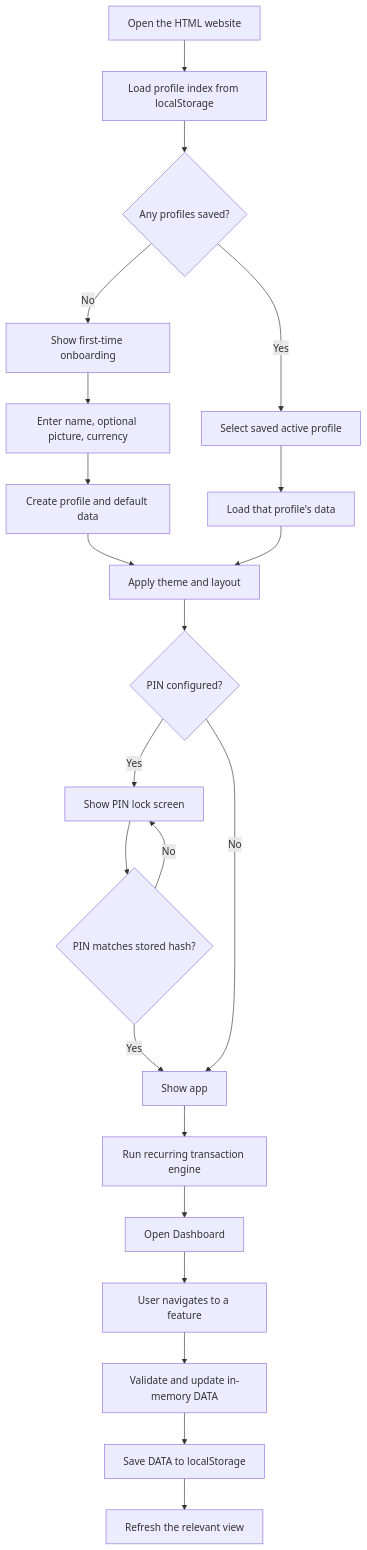
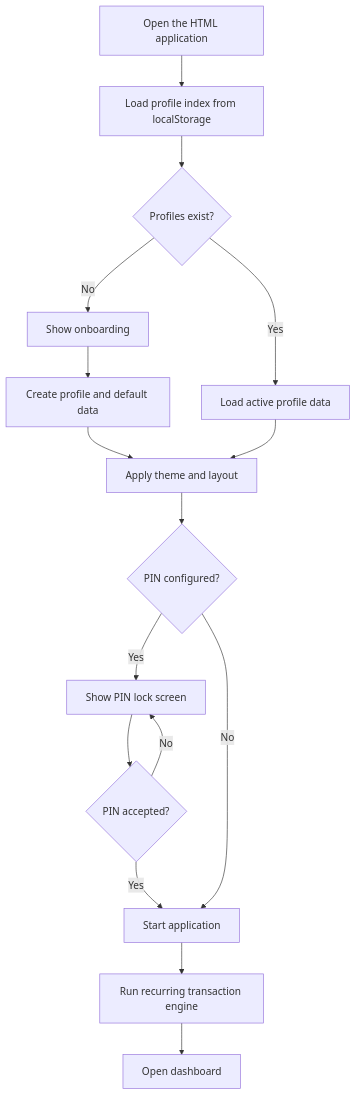
The first of 2 diagrams in README.md (girishdev10/PersonalExpenseTracker), drawn with Mermaid before and after one commit. The commit also changed other lines of this file, not shown here.

````diff
--- a/README.md
+++ b/README.md
@@ -20,24 +91,18 @@
 ```mermaid
 flowchart TD
-    A[Open the HTML website] --> B[Load profile index from localStorage]
-    B --> C{Any profiles saved?}
-    C -- No --> D[Show first-time onboarding]
-    D --> E[Enter name, optional picture, currency]
-    E --> F[Create profile and default data]
-    C -- Yes --> G[Select saved active profile]
-    G --> H[Load that profile's data]
-    F --> I[Apply theme and layout]
-    H --> I
-    I --> J{PIN configured?}
-    J -- Yes --> K[Show PIN lock screen]
-    K --> L{PIN matches stored hash?}
-    L -- No --> K
-    L -- Yes --> M[Show app]
-    J -- No --> M
-    M --> N[Run recurring transaction engine]
-    N --> O[Open Dashboard]
-    O --> P[User navigates to a feature]
-    P --> Q[Validate and update in-memory DATA]
-    Q --> R[Save DATA to localStorage]
-    R --> S[Refresh the relevant view]
+    A[Open the HTML application] --> B[Load profile index from localStorage]
+    B --> C{Profiles exist?}
+    C -- No --> D[Show onboarding]
+    D --> E[Create profile and default data]
+    C -- Yes --> F[Load active profile data]
+    E --> G[Apply theme and layout]
+    F --> G
+    G --> H{PIN configured?}
+    H -- Yes --> I[Show PIN lock screen]
+    I --> J{PIN accepted?}
+    J -- No --> I
+    J -- Yes --> K[Start application]
+    H -- No --> K
+    K --> L[Run recurring transaction engine]
+    L --> M[Open dashboard]
 ```
````
